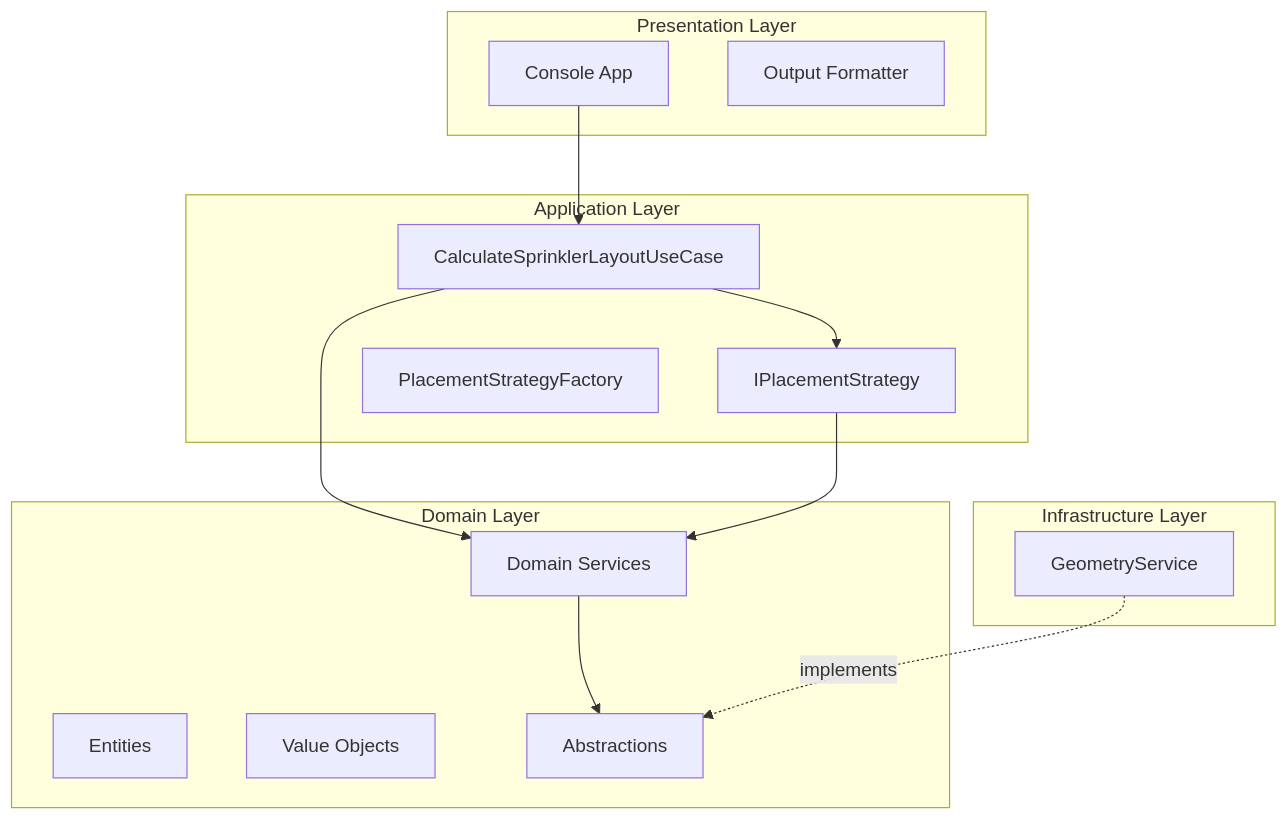
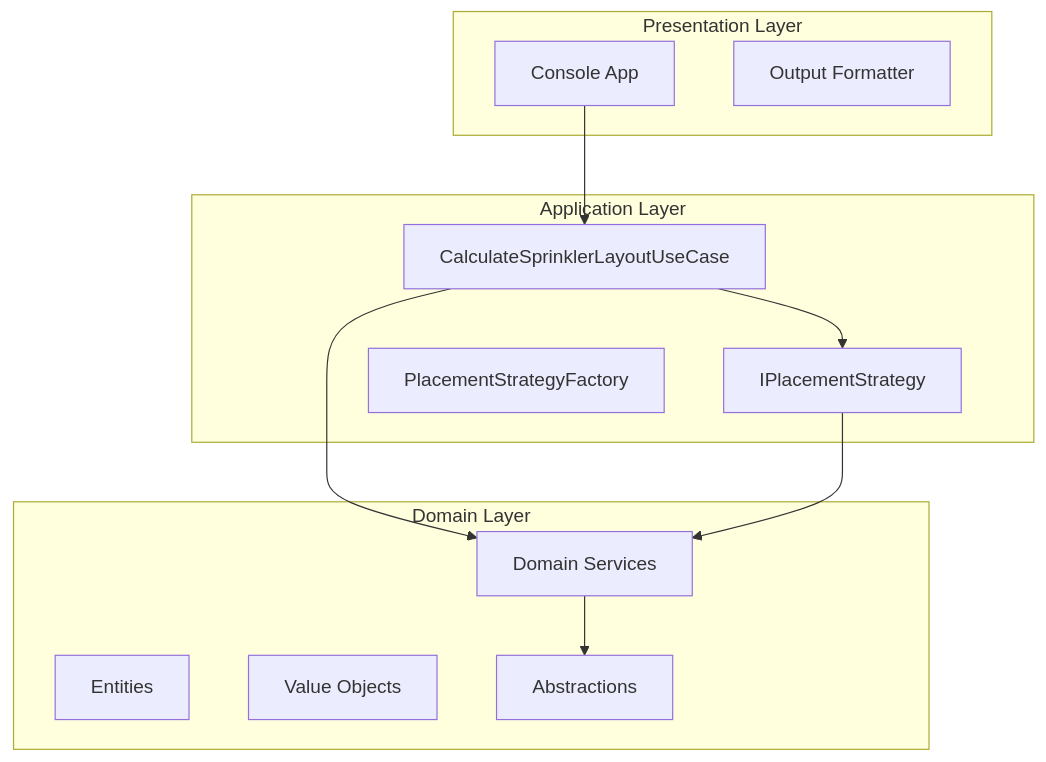
One commit to Tanvir1526/FireSprinkler changed the first of 2 diagrams in README.md. Above: the diagram before and after it, drawn with Mermaid. The commit also changed other lines of this file and 10 other files, not shown here.

First line of the commit message:
Refactor: remove Infrastructure layer & inline geometry logic

````diff
--- a/README.md
+++ b/README.md
@@ -47,31 +48,26 @@
 ```mermaid
 flowchart TB
     subgraph Presentation["Presentation Layer"]
         Console["Console App"]
         Formatter["Output Formatter"]
     end
 
     subgraph Application["Application Layer"]
-        UseCase["CalculateSprinklerLayoutUseCase"]
-        Strategy["IPlacementStrategy"]
-        Factory["PlacementStrategyFactory"]
-    end
+    UseCase["CalculateSprinklerLayoutUseCase"]
+    Strategy["IPlacementStrategy"]
+    Factory["PlacementStrategyFactory"]
+end
 
-    subgraph Domain["Domain Layer"]
-        Entities["Entities"]
-        Services["Domain Services"]
-        ValueObjects["Value Objects"]
-        Abstractions["Abstractions"]
-    end
+subgraph Domain["Domain Layer"]
+    Entities["Entities"]
+    Services["Domain Services"]
+    ValueObjects["Value Objects"]
+    Abstractions["Abstractions"]
+end
 
-    subgraph Infrastructure["Infrastructure Layer"]
-        GeometryService["GeometryService"]
-    end
-
-    Console --> UseCase
-    UseCase --> Strategy
-    UseCase --> Services
-    Strategy --> Services
-    Services --> Abstractions
-    GeometryService -.->|implements| Abstractions
+Console --> UseCase
+UseCase --> Strategy
+UseCase --> Services
+Strategy --> Services
+Services --> Abstractions
 ```
````
